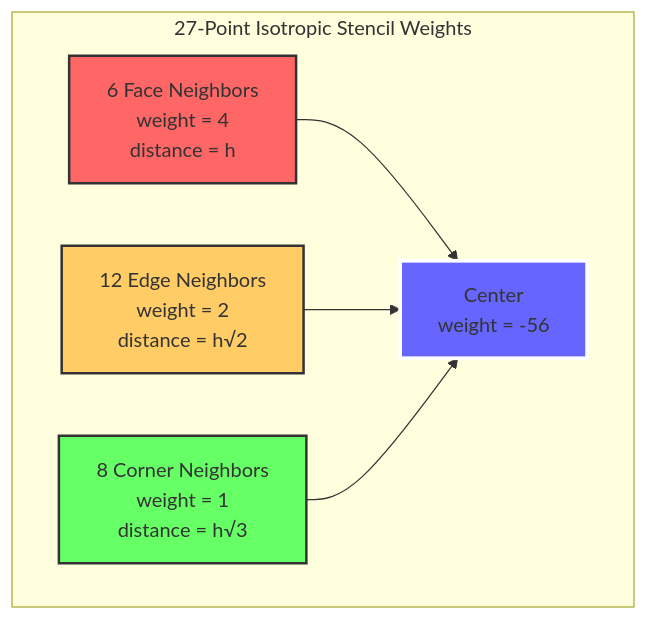
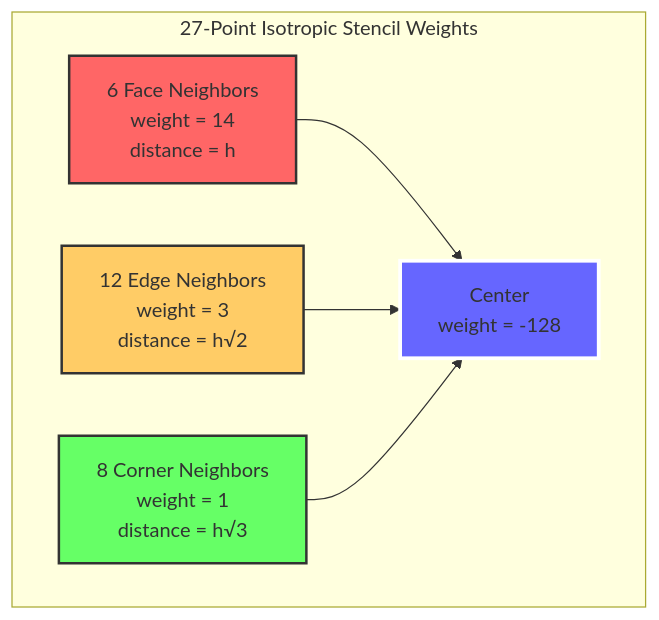
The sixth of 14 diagrams in docs/THEORY.md (myousefi2016/Allen-Cahn-CUDA), drawn with Mermaid before and after one commit. The commit also changed other lines of this file and 3 other files, not shown here.

First line of the commit message:
Documentation: rewrite README, ARCHITECTURE, DESIGN, THEORY for full code parity

````diff
--- a/docs/THEORY.md
+++ b/docs/THEORY.md
@@ -353,16 +406,16 @@
 ```mermaid
 graph TD
     subgraph "27-Point Isotropic Stencil Weights"
-        F["6 Face Neighbors<br/>weight = 4<br/>distance = h"]
-        Ed["12 Edge Neighbors<br/>weight = 2<br/>distance = h√2"]
+        F["6 Face Neighbors<br/>weight = 14<br/>distance = h"]
+        Ed["12 Edge Neighbors<br/>weight = 3<br/>distance = h√2"]
         Co["8 Corner Neighbors<br/>weight = 1<br/>distance = h√3"]
-        Ce["Center<br/>weight = -56"]
+        Ce["Center<br/>weight = -128"]
         F --> Ce
         Ed --> Ce
         Co --> Ce
     end
     style F fill:#f66,stroke:#333,stroke-width:2px
     style Ed fill:#fc6,stroke:#333,stroke-width:2px
     style Co fill:#6f6,stroke:#333,stroke-width:2px
     style Ce fill:#66f,stroke:#fff,stroke-width:3px
 ```
````
